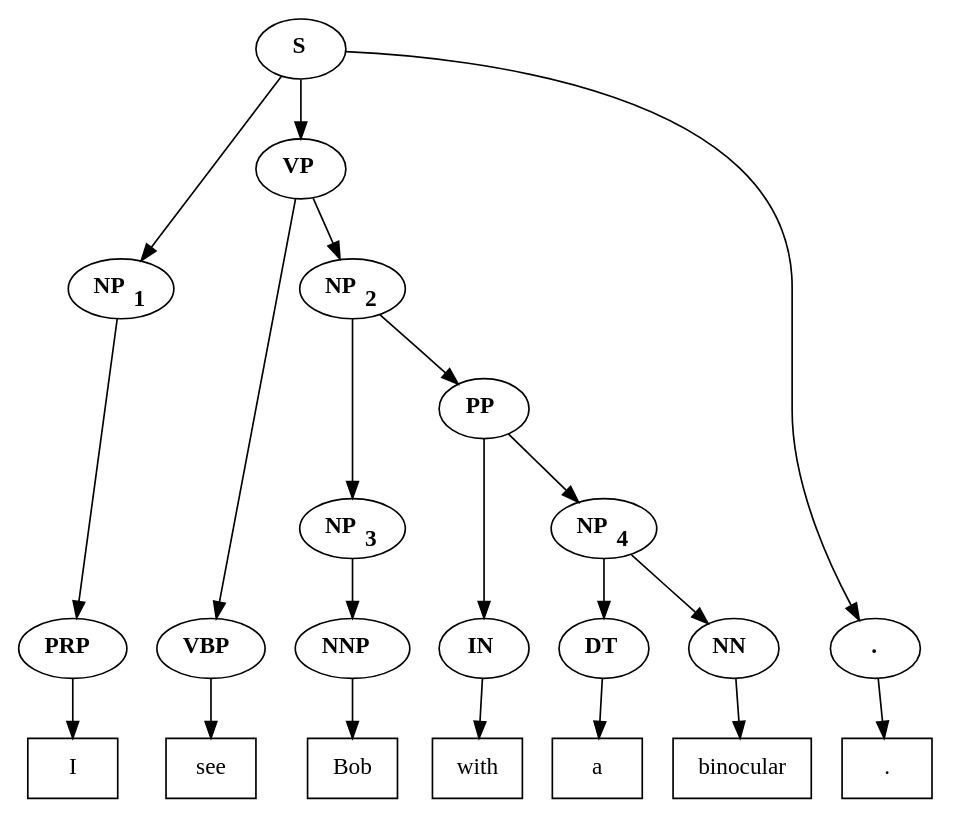
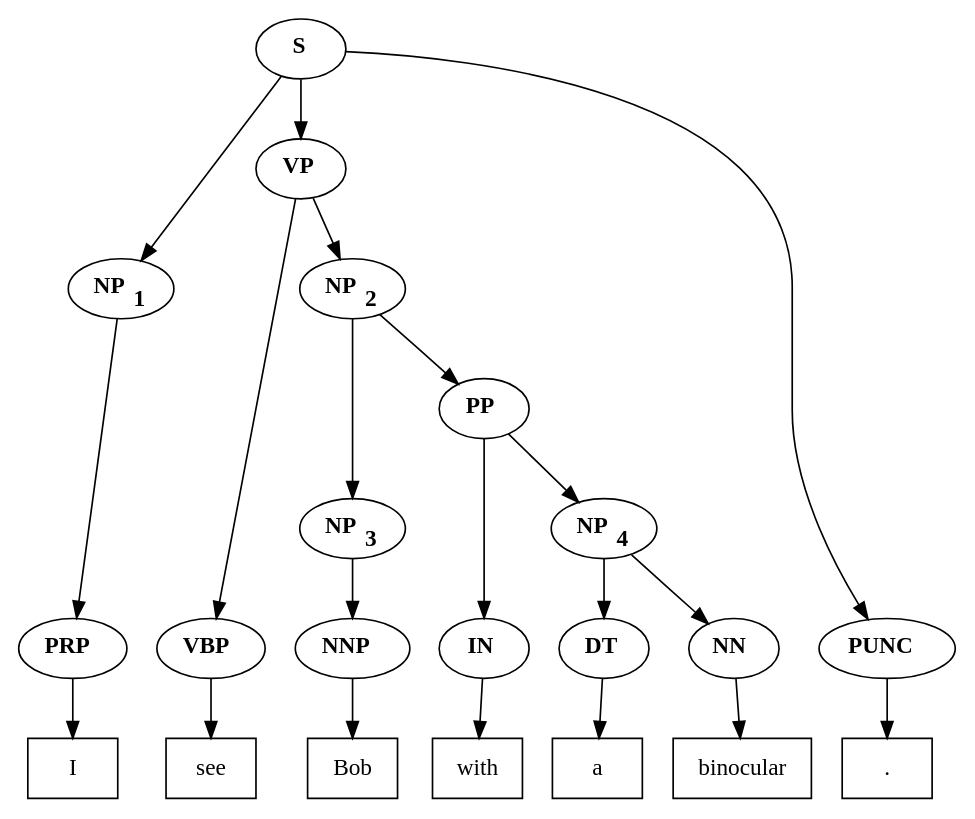
The diagram in paper/images/step_example_parsetree.dot (Mome/treepattern), drawn with Graphviz before and after one commit. The commit also changed 7 other files, not shown here.

```diff
--- a/paper/images/step_example_parsetree.dot
+++ b/paper/images/step_example_parsetree.dot
@@ -1,45 +1,45 @@
 digraph PropTree{
 N3010954252 [label=<<B>S</B>>]
 N3010956012 [label=<<B>NP<SUB>1</SUB></B>>]
 N3010956140 [label=<<B>PRP</B>>]
 T0 [shape=box, label=I]
 N3010956108 [label=<<B>VP</B>>]
 N3010956332 [label=<<B>VBP</B>>]
 T1 [shape=box, label=see]
 N3010956428 [label=<<B>NP<SUB>2</SUB></B>>]
 N3010956556 [label=<<B>NP<SUB>3</SUB></B>>]
 N3010956684 [label=<<B>NNP</B>>]
 T2 [shape=box, label=Bob]
 N3010956652 [label=<<B>PP</B>>]
 N3010956876 [label=<<B>IN</B>>]
 T3 [shape=box, label=with]
 N3010956972 [label=<<B>NP<SUB>4</SUB></B>>]
 N3010957100 [label=<<B>DT</B>>]
 T4 [shape=box, label=a]
 N3010957196 [label=<<B>NN</B>>]
 T5 [shape=box, label=binocular]
-N3010956300 [label=<<B>.</B>>]
+N3010956300 [label=<<B>PUNC</B>>]
 T6 [shape=box, label="."]
 N3010954252 -> N3010956012
 N3010956012 -> N3010956140
 N3010956140 -> T0
 N3010954252 -> N3010956108
 N3010956108 -> N3010956332
 N3010956332 -> T1
 N3010956108 -> N3010956428
 N3010956428 -> N3010956556
 N3010956556 -> N3010956684
 N3010956684 -> T2
 N3010956428 -> N3010956652
 N3010956652 -> N3010956876
 N3010956876 -> T3
 N3010956652 -> N3010956972
 N3010956972 -> N3010957100
 N3010957100 -> T4
 N3010956972 -> N3010957196
 N3010957196 -> T5
 N3010954252 -> N3010956300
 N3010956300 -> T6
 { rank=same; N3010956140, N3010956332, N3010956684, N3010956876, N3010957100, N3010957196, N3010956300}
 { rank=same; T0, T1, T2, T3, T4, T5, T6}
 }
```
